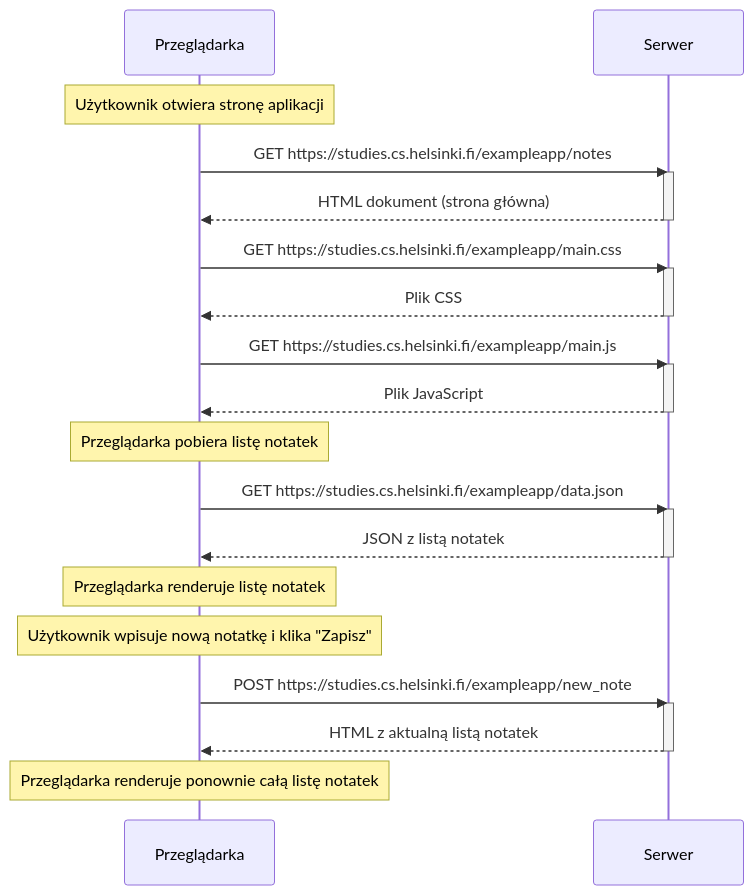
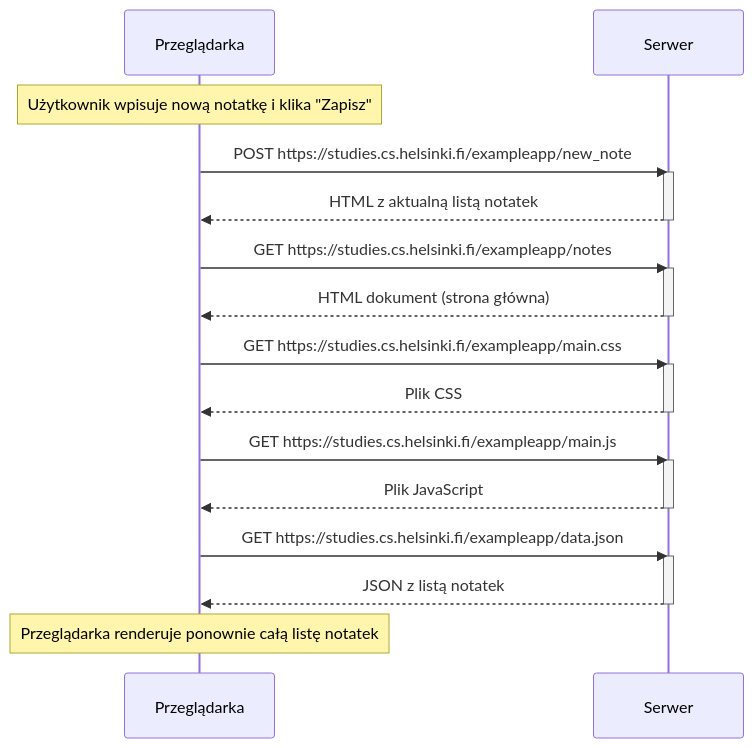
The diagram in Part0/Nowy diagram 0.4.mmd (KrystianDulny8/FullStack), drawn with Mermaid before and after one commit.

```diff
--- a/Part0/Nowy diagram 0.4.mmd
+++ b/Part0/Nowy diagram 0.4.mmd
@@ -1,35 +1,31 @@
 sequenceDiagram
     participant browser as Przeglądarka
     participant server as Serwer
+    
+    Note over browser: Użytkownik wpisuje nową notatkę i klika "Zapisz"
+    browser->>server: POST https://studies.cs.helsinki.fi/exampleapp/new_note
+    activate server
+    server-->>browser: HTML z aktualną listą notatek
+    deactivate server
 
-    Note over browser: Użytkownik otwiera stronę aplikacji
     browser->>server: GET https://studies.cs.helsinki.fi/exampleapp/notes
     activate server
     server-->>browser: HTML dokument (strona główna)
     deactivate server
 
     browser->>server: GET https://studies.cs.helsinki.fi/exampleapp/main.css
     activate server
     server-->>browser: Plik CSS
     deactivate server
 
     browser->>server: GET https://studies.cs.helsinki.fi/exampleapp/main.js
     activate server
     server-->>browser: Plik JavaScript
     deactivate server
 
-    Note over browser: Przeglądarka pobiera listę notatek
     browser->>server: GET https://studies.cs.helsinki.fi/exampleapp/data.json
     activate server
     server-->>browser: JSON z listą notatek
     deactivate server
 
-    Note over browser: Przeglądarka renderuje listę notatek
-
-    Note over browser: Użytkownik wpisuje nową notatkę i klika "Zapisz"
-    browser->>server: POST https://studies.cs.helsinki.fi/exampleapp/new_note
-    activate server
-    server-->>browser: HTML z aktualną listą notatek
-    deactivate server
-
     Note over browser: Przeglądarka renderuje ponownie całą listę notatek
```
